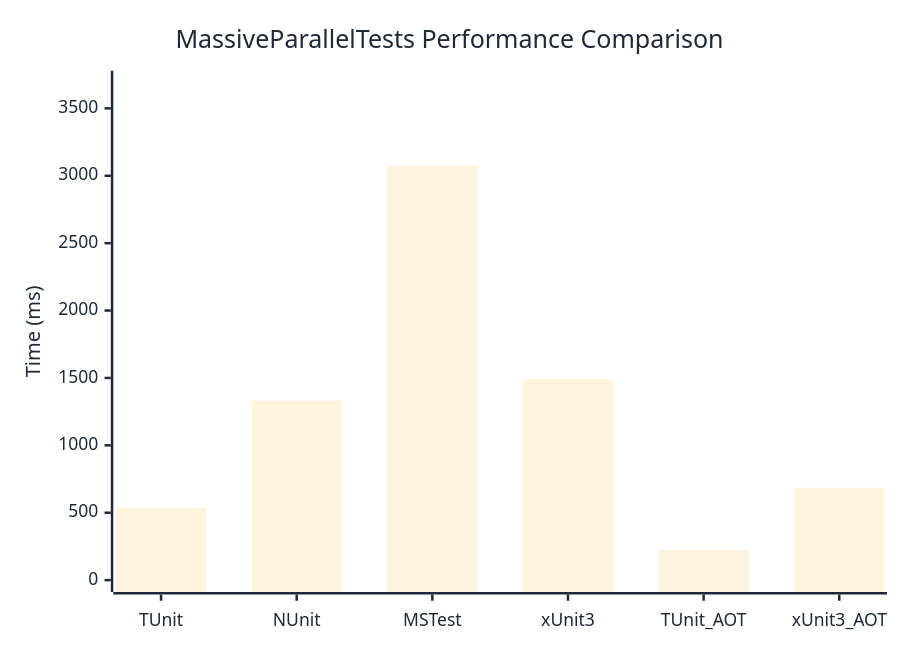
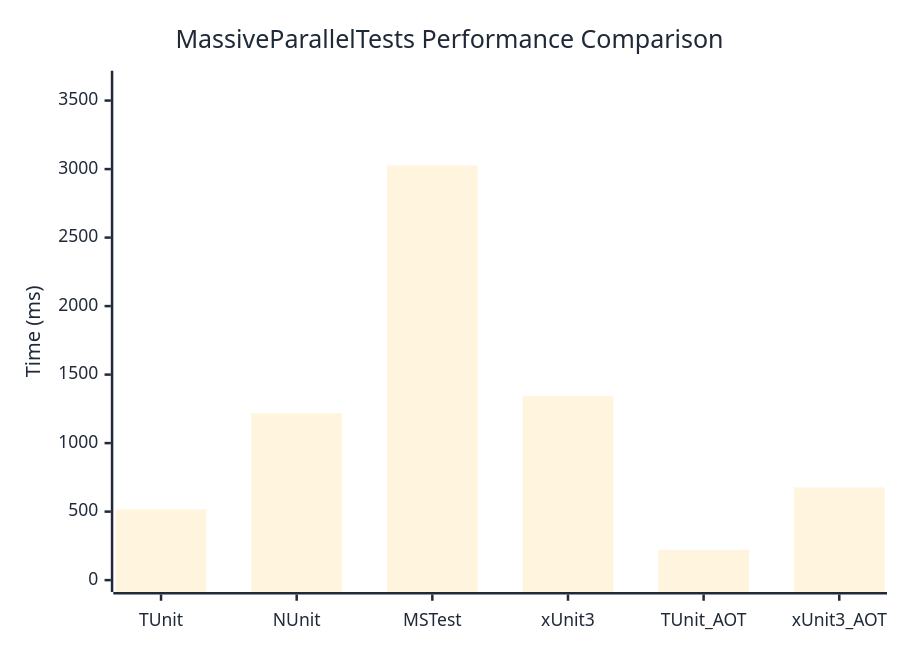
One commit to thomhurst/TUnit changed the diagram in docs/docs/benchmarks/engine/MassiveParallelTests.md. Above: the diagram before and after it, drawn with Mermaid. The commit also changed other lines of this file and 18 other files, not shown here.

````diff
--- a/docs/docs/benchmarks/engine/MassiveParallelTests.md
+++ b/docs/docs/benchmarks/engine/MassiveParallelTests.md
@@ -30,37 +30,37 @@
 ```mermaid
 %%{init: {
   'theme':'base',
   'themeVariables': {
     'primaryColor': '#2563eb',
     'primaryTextColor': '#1f2937',
     'primaryBorderColor': '#1e40af',
     'lineColor': '#6b7280',
     'secondaryColor': '#7c3aed',
     'tertiaryColor': '#dc2626',
     'background': '#ffffff',
     'mainBkg': '#2563eb',
     'secondBkg': '#7c3aed',
     'tertiaryBkg': '#dc2626',
     'clusterBkg': '#f3f4f6',
     'edgeLabelBackground': '#ffffff',
     'tertiaryTextColor': '#1f2937',
     'pie1': '#2563eb',
     'pie2': '#7c3aed',
     'pie3': '#dc2626',
     'pie4': '#f59e0b',
     'pie5': '#10b981',
     'pie6': '#06b6d4',
     'pie7': '#ec4899',
     'pie8': '#6366f1',
     'pie9': '#84cc16',
     'pie10': '#f97316',
     'pie11': '#14b8a6',
     'pie12': '#a855f7'
   }
 }}%%
 xychart-beta
   title "MassiveParallelTests Performance Comparison"
   x-axis ["TUnit", "NUnit", "MSTest", "xUnit3", "TUnit_AOT", "xUnit3_AOT"]
-  y-axis "Time (ms)" 0 --> 3691
-  bar [538.5, 1331.4, 3075.1, 1491.6, 224.3, 686]
+  y-axis "Time (ms)" 0 --> 3631
+  bar [517.1, 1218.2, 3025.7, 1344.2, 220.9, 676.6]
 ```
````
